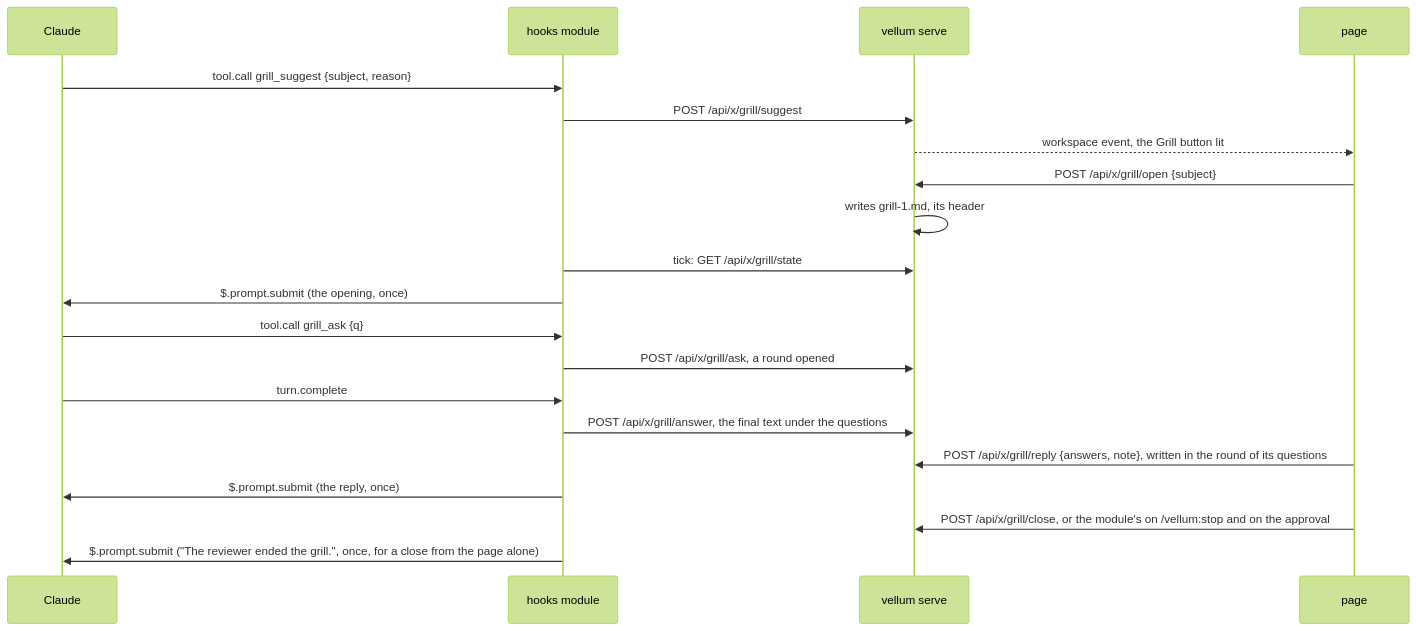
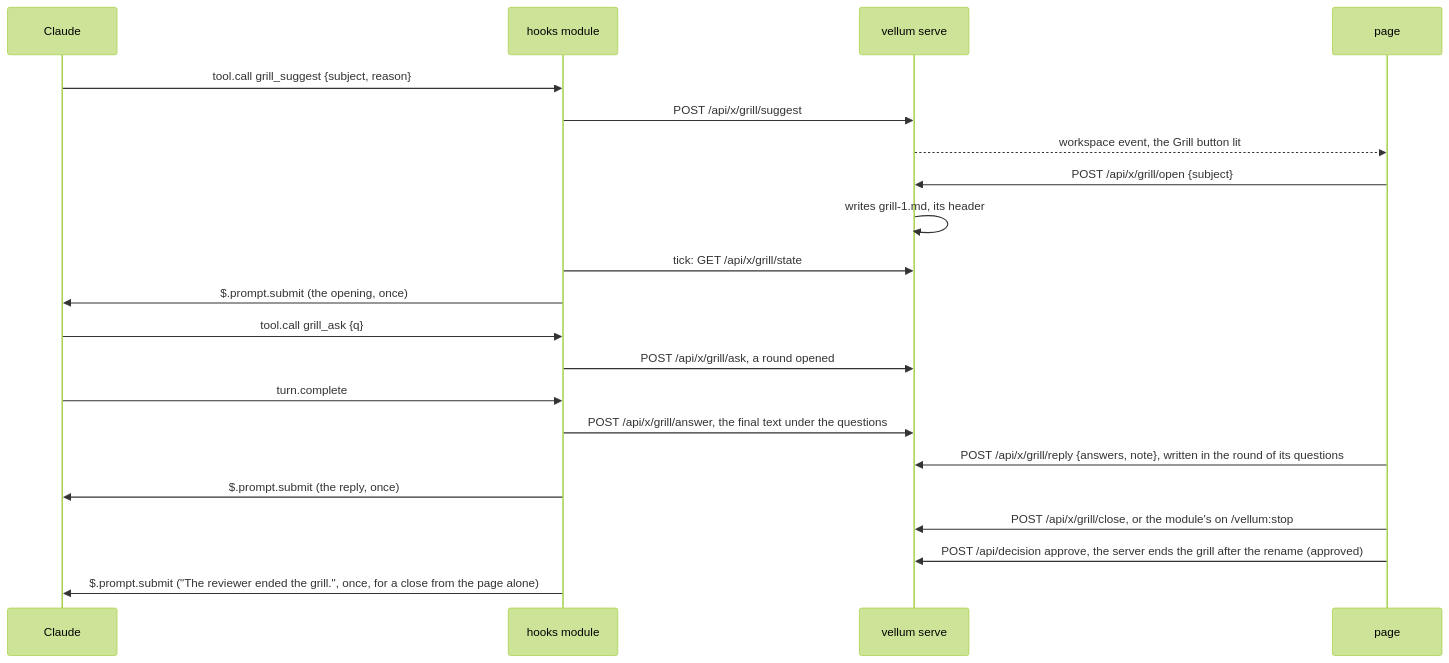
One commit to bengous/claude-code-plugins changed the third of 5 diagrams in vellum/docs/architecture.md. Above: the diagram before and after it, drawn with Mermaid (forest theme). The commit also changed other lines of this file and 20 other files, not shown here.

````diff
--- a/vellum/docs/architecture.md
+++ b/vellum/docs/architecture.md
@@ -116,22 +116,23 @@
 ```mermaid
 sequenceDiagram
   participant C as Claude
   participant M as hooks module
   participant S as vellum serve
   participant P as page
   C->>M: tool.call grill_suggest {subject, reason}
   M->>S: POST /api/x/grill/suggest
   S-->>P: workspace event, the Grill button lit
   P->>S: POST /api/x/grill/open {subject}
   S->>S: writes grill-1.md, its header
   M->>S: tick: GET /api/x/grill/state
   M->>C: $.prompt.submit (the opening, once)
   C->>M: tool.call grill_ask {q}
   M->>S: POST /api/x/grill/ask, a round opened
   C->>M: turn.complete
   M->>S: POST /api/x/grill/answer, the final text under the questions
   P->>S: POST /api/x/grill/reply {answers, note}, written in the round of its questions
   M->>C: $.prompt.submit (the reply, once)
-  P->>S: POST /api/x/grill/close, or the module's on /vellum:stop and on the approval
+  P->>S: POST /api/x/grill/close, or the module's on /vellum:stop
+  P->>S: POST /api/decision approve, the server ends the grill after the rename (approved)
   M->>C: $.prompt.submit ("The reviewer ended the grill.", once, for a close from the page alone)
 ```
````
